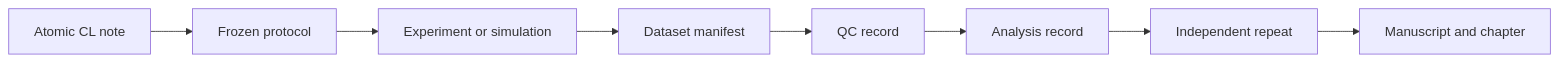
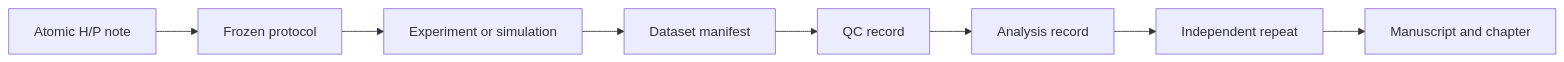
The diagram in src/site/notes/II Areas/03_Thesis/Claim_Ledger/Claim Ledger & Evidence Matrix.md (sakalmic/Obsidian-PhD), drawn with Mermaid before and after one commit. The commit also changed other lines of this file and 121 other files, not shown here.

````diff
--- a/src/site/notes/II Areas/03_Thesis/Claim_Ledger/Claim Ledger & Evidence Matrix.md
+++ b/src/site/notes/II Areas/03_Thesis/Claim_Ledger/Claim Ledger & Evidence Matrix.md
@@ -82,10 +100,10 @@
 ```mermaid
 flowchart LR
-    C[Atomic CL note] --> P[Frozen protocol]
+    C[Atomic H/P note] --> P[Frozen protocol]
     P --> E[Experiment or simulation]
     E --> D[Dataset manifest]
     D --> Q[QC record]
     Q --> A[Analysis record]
     A --> R[Independent repeat]
     R --> M[Manuscript and chapter]
 ```
````
